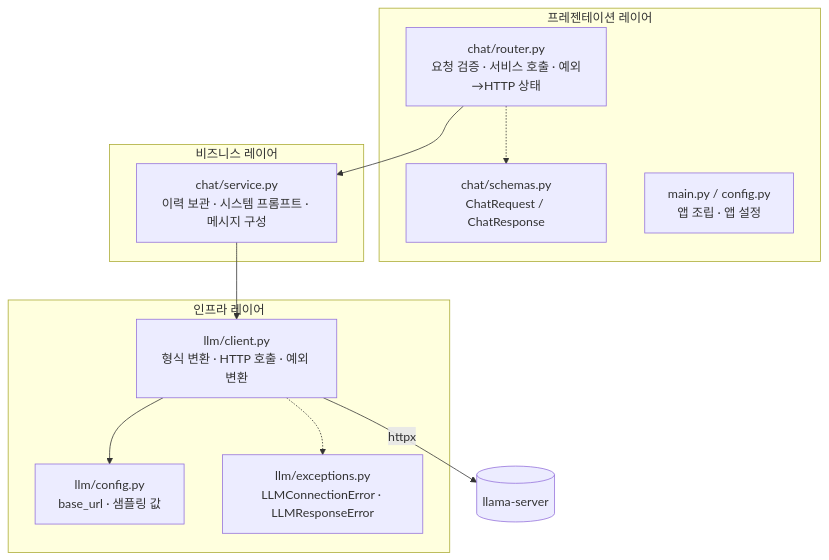
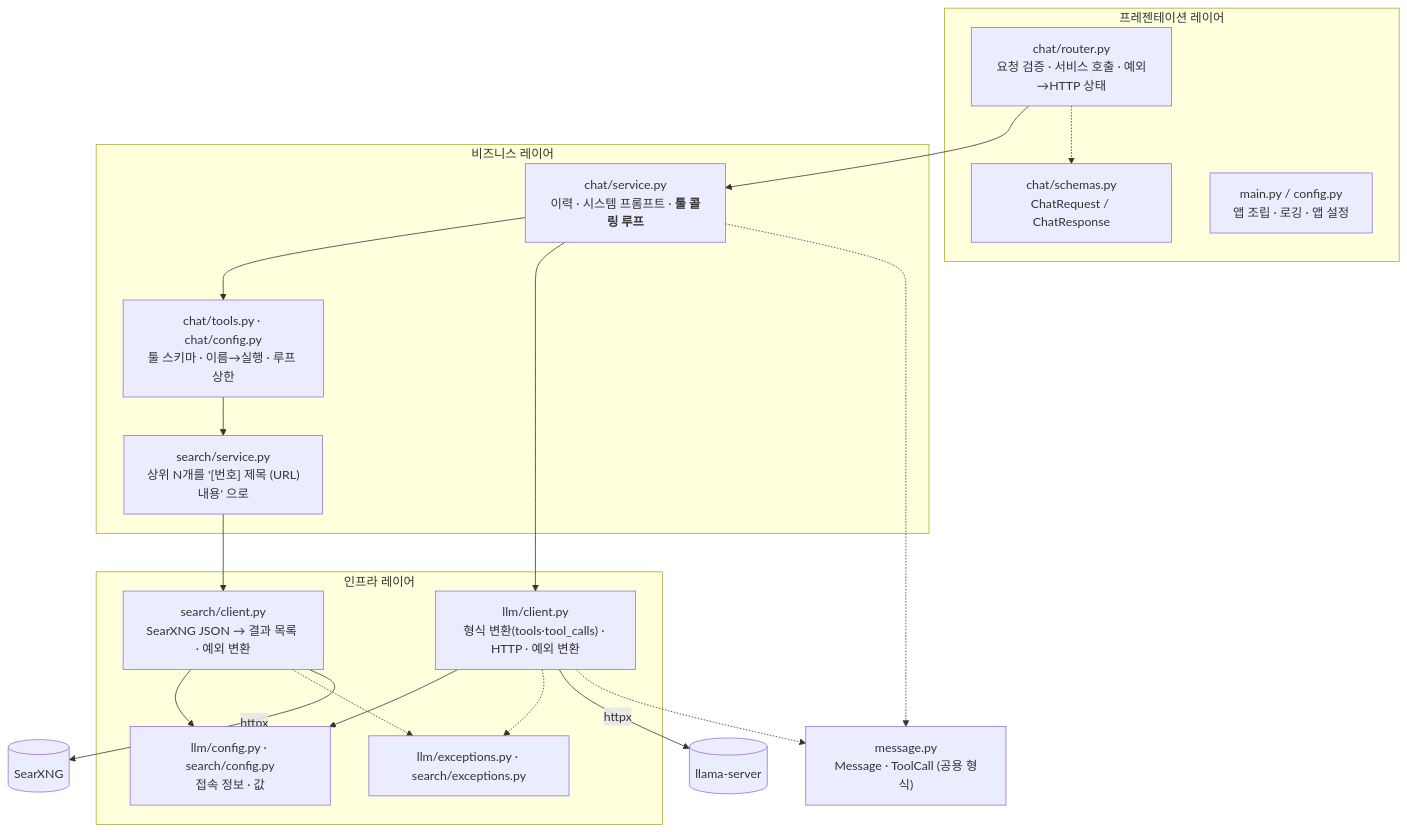
The third of 4 diagrams in docs/architecture.md (RyanKim0830/Tinker), drawn with Mermaid before and after one commit. The commit also changed other lines of this file and 4 other files, not shown here.

First line of the commit message:
docs: update architecture, readme, open items and worklog

````diff
--- a/docs/architecture.md
+++ b/docs/architecture.md
@@ -50,23 +57,36 @@
 ```mermaid
 flowchart TB
     subgraph pres["프레젠테이션 레이어"]
         router["chat/router.py<br/>요청 검증 · 서비스 호출 · 예외→HTTP 상태"]
         schemas["chat/schemas.py<br/>ChatRequest / ChatResponse"]
-        main["main.py / config.py<br/>앱 조립 · 앱 설정"]
+        main["main.py / config.py<br/>앱 조립 · 로깅 · 앱 설정"]
     end
     subgraph biz["비즈니스 레이어"]
-        service["chat/service.py<br/>이력 보관 · 시스템 프롬프트 · 메시지 구성"]
+        service["chat/service.py<br/>이력 · 시스템 프롬프트 · <b>툴 콜링 루프</b>"]
+        tools["chat/tools.py · chat/config.py<br/>툴 스키마 · 이름→실행 · 루프 상한"]
+        ssvc["search/service.py<br/>상위 N개를 '[번호] 제목 (URL)\n내용' 으로"]
     end
     subgraph infra["인프라 레이어"]
-        client["llm/client.py<br/>형식 변환 · HTTP 호출 · 예외 변환"]
-        cfg["llm/config.py<br/>base_url · 샘플링 값"]
-        exc["llm/exceptions.py<br/>LLMConnectionError · LLMResponseError"]
+        client["llm/client.py<br/>형식 변환(tools·tool_calls) · HTTP · 예외 변환"]
+        sclient["search/client.py<br/>SearXNG JSON → 결과 목록 · 예외 변환"]
+        cfg["llm/config.py · search/config.py<br/>접속 정보 · 값"]
+        exc["llm/exceptions.py · search/exceptions.py"]
     end
-    ext[("llama-server")]
+    msg["message.py<br/>Message · ToolCall (공용 형식)"]
+    ext1[("llama-server")]
+    ext2[("SearXNG")]
     router --> service
     router -.-> schemas
+    service --> tools
     service --> client
+    tools --> ssvc
+    ssvc --> sclient
     client --> cfg
+    sclient --> cfg
     client -.-> exc
-    client -- "httpx" --> ext
+    sclient -.-> exc
+    client -- "httpx" --> ext1
+    sclient -- "httpx" --> ext2
+    service -.-> msg
+    client -.-> msg
 ```
````
